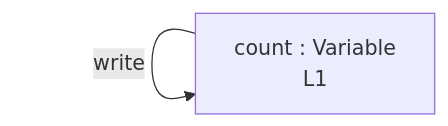
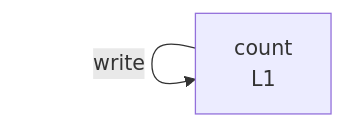
The diagram in integration/fixtures/minimal-let/preview.md (crescware/unsnarl), drawn with Mermaid before and after one commit. The commit also changed 27 other files, not shown here.

First line of the commit message:
refactor(mermaid): drop ": Variable" noise, decorate kinds inline

````diff
--- a/integration/fixtures/minimal-let/preview.md
+++ b/integration/fixtures/minimal-let/preview.md
@@ -12,5 +12,5 @@
 ```mermaid
 flowchart RL
-  n_scope_0_count_4["count : Variable<br/>L1"]
+  n_scope_0_count_4["count<br/>L1"]
   n_scope_0_count_4 -->|write| n_scope_0_count_4
 ```
````
